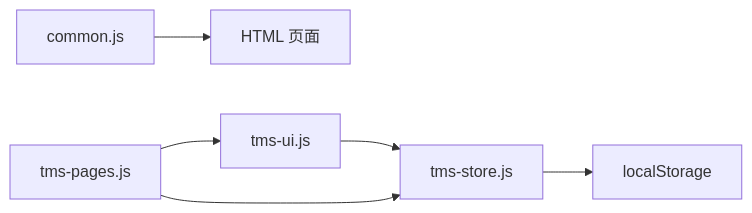
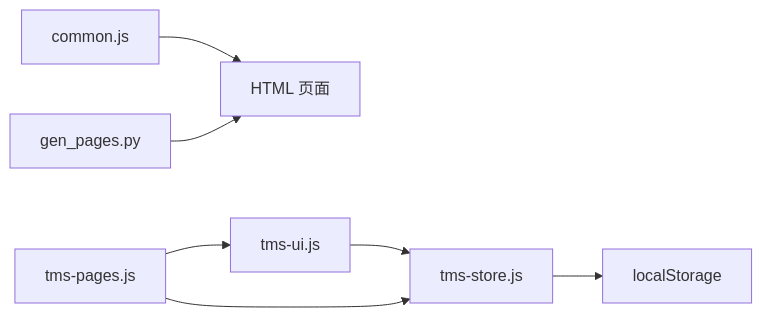
One commit to PengLine/blog-tms changed the seventh of 7 diagrams in .qoder/repowiki/zh/content/系统架构设计/系统架构设计.md. Above: the diagram before and after it, drawn with Mermaid. The commit also changed other lines of this file and 101 other files, not shown here.

````diff
--- a/.qoder/repowiki/zh/content/系统架构设计/系统架构设计.md
+++ b/.qoder/repowiki/zh/content/系统架构设计/系统架构设计.md
@@ -269,8 +354,9 @@
 ```mermaid
 graph LR
 Common["common.js"] --> PageHTML["HTML 页面"]
 Store["tms-store.js"] --> LocalStorage["localStorage"]
 UI["tms-ui.js"] --> Store
 Pages["tms-pages.js"] --> Store
 Pages --> UI
+GenPages["gen_pages.py"] --> PageHTML
 ```
````
